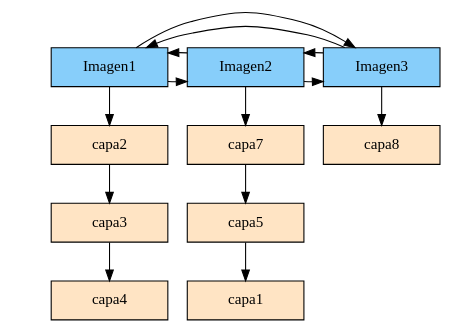
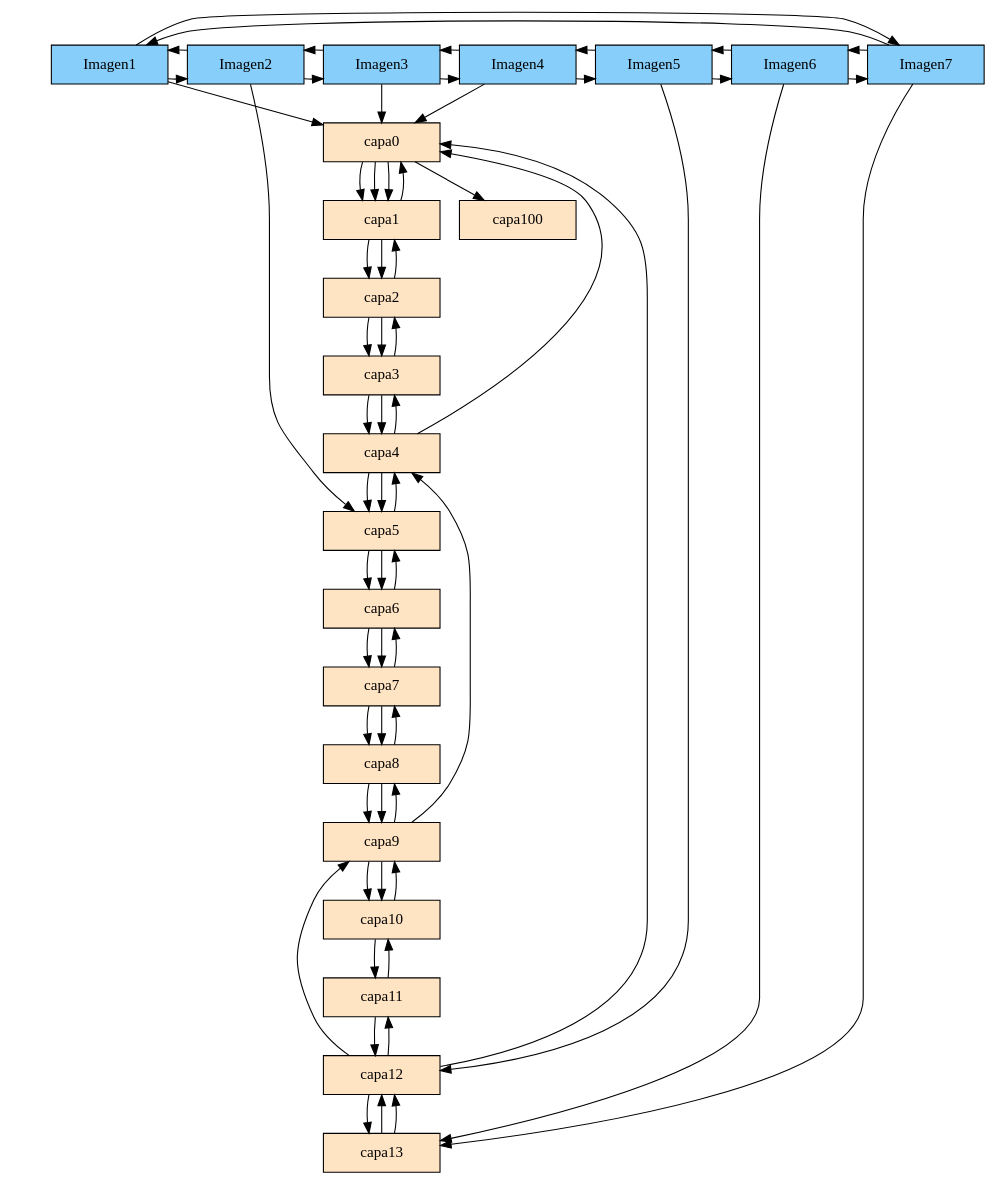
Before and after one commit to EdsonArmando/Proyecto1EDD: the diagram in Proyecto1EDD/ListaImagenes.dot, drawn with Graphviz. The commit also changed 56 other files, not shown here.

```diff
--- a/Proyecto1EDD/ListaImagenes.dot
+++ b/Proyecto1EDD/ListaImagenes.dot
@@ -1,26 +1,120 @@
 digraph Sparce_Matrix {
  node [shape=box] 
  e0[ shape = point, width = 0 ];
   e1[ shape = point, width = 0 ];
 Imagen1[label = "Imagen1" width = 1.5 style = filled, fillcolor = lightskyblue, group = 2 ];Imagen1->Imagen2
 Imagen2->Imagen1
 Imagen2[label = "Imagen2" width = 1.5 style = filled, fillcolor = lightskyblue, group = 2 ];Imagen2->Imagen3
 Imagen3->Imagen2
-Imagen3[label = "Imagen3" width = 1.5 style = filled, fillcolor = lightskyblue, group = 2 ];Imagen3->Imagen1
-Imagen1->Imagen3
-Imagen1->capa2
+Imagen3[label = "Imagen3" width = 1.5 style = filled, fillcolor = lightskyblue, group = 2 ];Imagen3->Imagen4
+Imagen4->Imagen3
+Imagen4[label = "Imagen4" width = 1.5 style = filled, fillcolor = lightskyblue, group = 2 ];Imagen4->Imagen5
+Imagen5->Imagen4
+Imagen5[label = "Imagen5" width = 1.5 style = filled, fillcolor = lightskyblue, group = 2 ];Imagen5->Imagen6
+Imagen6->Imagen5
+Imagen6[label = "Imagen6" width = 1.5 style = filled, fillcolor = lightskyblue, group = 2 ];Imagen6->Imagen7
+Imagen7->Imagen6
+Imagen7[label = "Imagen7" width = 1.5 style = filled, fillcolor = lightskyblue, group = 2 ];Imagen7->Imagen1
+Imagen1->Imagen7
+Imagen1->capa0
+capa0[label = "capa0"width = 1.5 style = filled, fillcolor = bisque1, group = 1 ];
+capa0->capa1
+capa1[label = "capa1"width = 1.5 style = filled, fillcolor = bisque1, group = 1 ];
+capa1->capa2
 capa2[label = "capa2"width = 1.5 style = filled, fillcolor = bisque1, group = 1 ];
 capa2->capa3
 capa3[label = "capa3"width = 1.5 style = filled, fillcolor = bisque1, group = 1 ];
 capa3->capa4
 capa4[label = "capa4"width = 1.5 style = filled, fillcolor = bisque1, group = 1 ];
-Imagen2->capa7
+capa4->capa5
+capa5[label = "capa5"width = 1.5 style = filled, fillcolor = bisque1, group = 1 ];
+capa5->capa6
+capa6[label = "capa6"width = 1.5 style = filled, fillcolor = bisque1, group = 1 ];
+capa6->capa7
 capa7[label = "capa7"width = 1.5 style = filled, fillcolor = bisque1, group = 1 ];
-capa7->capa5
+capa7->capa8
+capa8[label = "capa8"width = 1.5 style = filled, fillcolor = bisque1, group = 1 ];
+capa8->capa9
+capa9[label = "capa9"width = 1.5 style = filled, fillcolor = bisque1, group = 1 ];
+capa9->capa10
+capa10[label = "capa10"width = 1.5 style = filled, fillcolor = bisque1, group = 1 ];
+capa10->capa11
+capa11[label = "capa11"width = 1.5 style = filled, fillcolor = bisque1, group = 1 ];
+capa11->capa12
+capa12[label = "capa12"width = 1.5 style = filled, fillcolor = bisque1, group = 1 ];
+capa12->capa13
+capa13[label = "capa13"width = 1.5 style = filled, fillcolor = bisque1, group = 1 ];
+Imagen2->capa5
 capa5[label = "capa5"width = 1.5 style = filled, fillcolor = bisque1, group = 1 ];
-capa5->capa1
+capa5->capa6
+capa6[label = "capa6"width = 1.5 style = filled, fillcolor = bisque1, group = 1 ];
+capa6->capa7
+capa7[label = "capa7"width = 1.5 style = filled, fillcolor = bisque1, group = 1 ];
+capa7->capa8
+capa8[label = "capa8"width = 1.5 style = filled, fillcolor = bisque1, group = 1 ];
+capa8->capa9
+capa9[label = "capa9"width = 1.5 style = filled, fillcolor = bisque1, group = 1 ];
+capa9->capa10
+capa10[label = "capa10"width = 1.5 style = filled, fillcolor = bisque1, group = 1 ];
+Imagen3->capa0
+capa0[label = "capa0"width = 1.5 style = filled, fillcolor = bisque1, group = 1 ];
+capa0->capa1
 capa1[label = "capa1"width = 1.5 style = filled, fillcolor = bisque1, group = 1 ];
-Imagen3->capa8
+capa1->capa2
+capa2[label = "capa2"width = 1.5 style = filled, fillcolor = bisque1, group = 1 ];
+capa2->capa3
+capa3[label = "capa3"width = 1.5 style = filled, fillcolor = bisque1, group = 1 ];
+capa3->capa4
+capa4[label = "capa4"width = 1.5 style = filled, fillcolor = bisque1, group = 1 ];
+capa4->capa5
+capa5[label = "capa5"width = 1.5 style = filled, fillcolor = bisque1, group = 1 ];
+Imagen4->capa0
+capa0[label = "capa0"width = 1.5 style = filled, fillcolor = bisque1, group = 1 ];
+capa0->capa100
+capa100[label = "capa100"width = 1.5 style = filled, fillcolor = bisque1, group = 1 ];
+Imagen5->capa12
+capa12[label = "capa12"width = 1.5 style = filled, fillcolor = bisque1, group = 1 ];
+capa12->capa0
+capa0[label = "capa0"width = 1.5 style = filled, fillcolor = bisque1, group = 1 ];
+Imagen6->capa13
+capa13[label = "capa13"width = 1.5 style = filled, fillcolor = bisque1, group = 1 ];
+capa13->capa12
+capa12[label = "capa12"width = 1.5 style = filled, fillcolor = bisque1, group = 1 ];
+capa12->capa9
+capa9[label = "capa9"width = 1.5 style = filled, fillcolor = bisque1, group = 1 ];
+capa9->capa4
+capa4[label = "capa4"width = 1.5 style = filled, fillcolor = bisque1, group = 1 ];
+capa4->capa0
+capa0[label = "capa0"width = 1.5 style = filled, fillcolor = bisque1, group = 1 ];
+capa0->capa1
+capa1[label = "capa1"width = 1.5 style = filled, fillcolor = bisque1, group = 1 ];
+Imagen7->capa13
+capa13[label = "capa13"width = 1.5 style = filled, fillcolor = bisque1, group = 1 ];
+capa13->capa12
+capa12[label = "capa12"width = 1.5 style = filled, fillcolor = bisque1, group = 1 ];
+capa12->capa11
+capa11[label = "capa11"width = 1.5 style = filled, fillcolor = bisque1, group = 1 ];
+capa11->capa10
+capa10[label = "capa10"width = 1.5 style = filled, fillcolor = bisque1, group = 1 ];
+capa10->capa9
+capa9[label = "capa9"width = 1.5 style = filled, fillcolor = bisque1, group = 1 ];
+capa9->capa8
 capa8[label = "capa8"width = 1.5 style = filled, fillcolor = bisque1, group = 1 ];
-{rank = same;Imagen1; Imagen2; Imagen3; }
+capa8->capa7
+capa7[label = "capa7"width = 1.5 style = filled, fillcolor = bisque1, group = 1 ];
+capa7->capa6
+capa6[label = "capa6"width = 1.5 style = filled, fillcolor = bisque1, group = 1 ];
+capa6->capa5
+capa5[label = "capa5"width = 1.5 style = filled, fillcolor = bisque1, group = 1 ];
+capa5->capa4
+capa4[label = "capa4"width = 1.5 style = filled, fillcolor = bisque1, group = 1 ];
+capa4->capa3
+capa3[label = "capa3"width = 1.5 style = filled, fillcolor = bisque1, group = 1 ];
+capa3->capa2
+capa2[label = "capa2"width = 1.5 style = filled, fillcolor = bisque1, group = 1 ];
+capa2->capa1
+capa1[label = "capa1"width = 1.5 style = filled, fillcolor = bisque1, group = 1 ];
+capa1->capa0
+capa0[label = "capa0"width = 1.5 style = filled, fillcolor = bisque1, group = 1 ];
+{rank = same;Imagen1; Imagen2; Imagen3; Imagen4; Imagen5; Imagen6; Imagen7; }
 }
```
